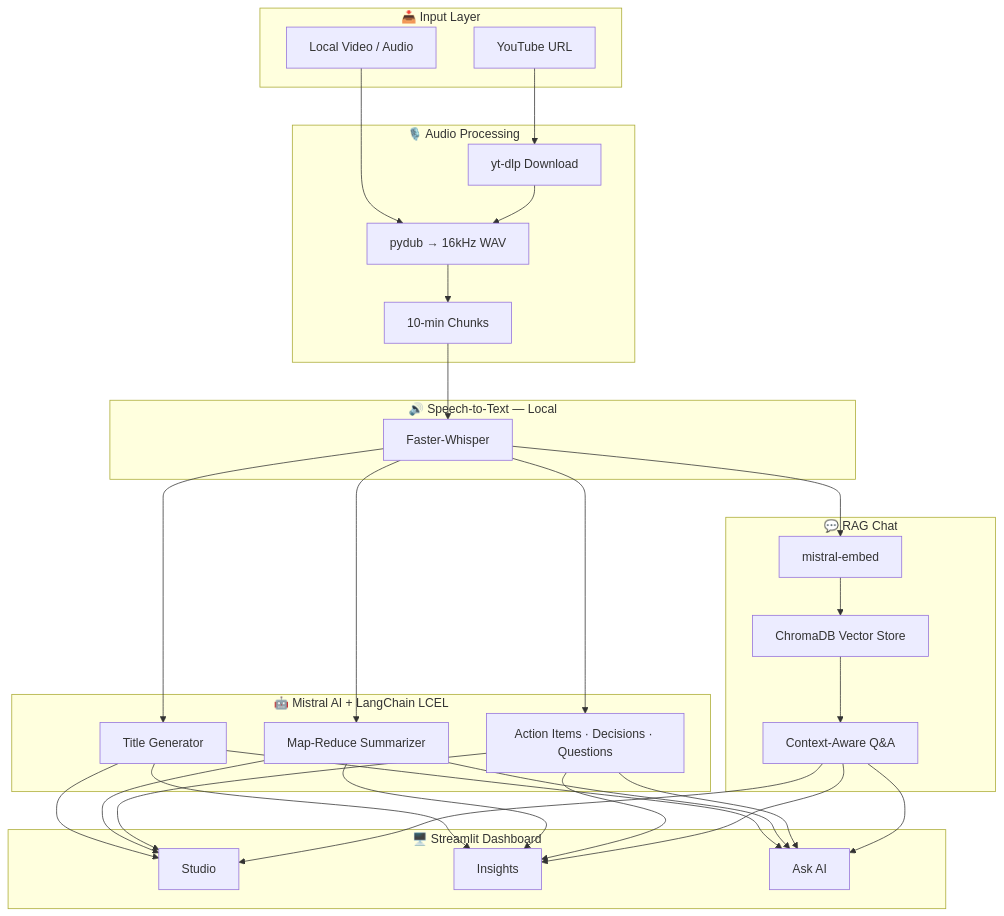
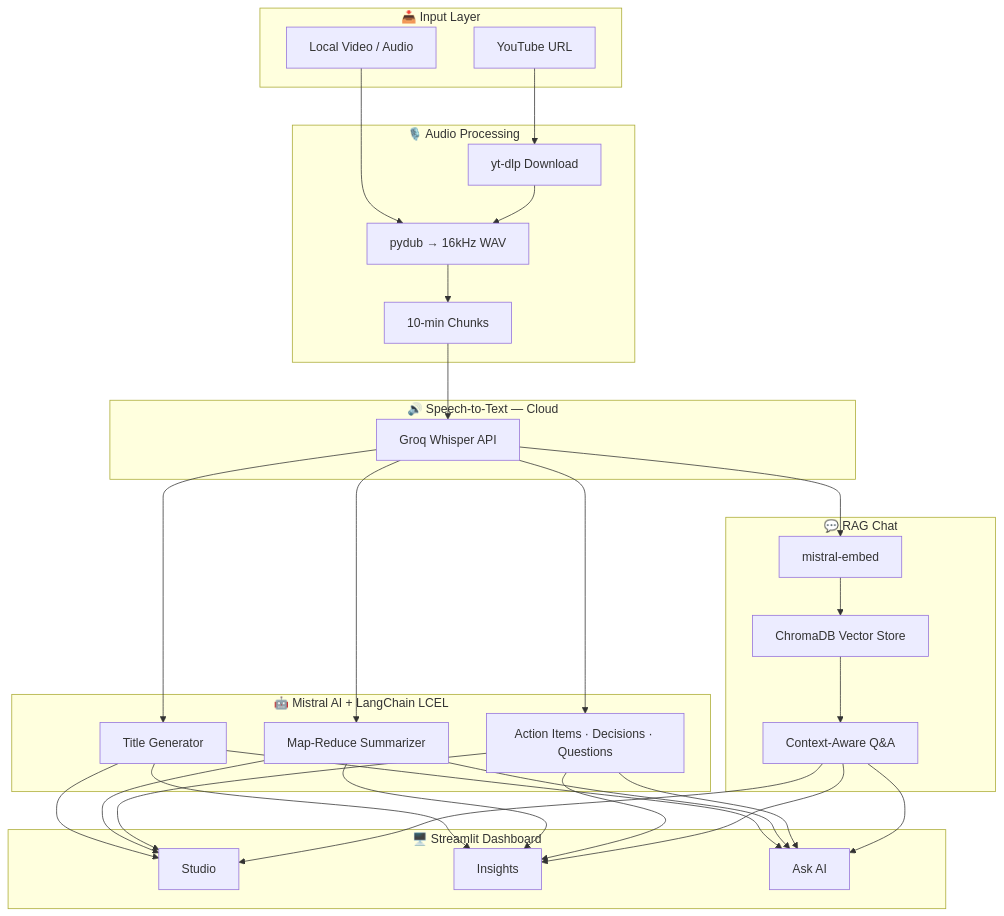
The diagram in README.md (salik702/Nexus-AI), drawn with Mermaid before and after one commit. The commit also changed other lines of this file and 4 other files, not shown here.

````diff
--- a/README.md
+++ b/README.md
@@ -55,46 +54,46 @@
 ```mermaid
 flowchart TB
     subgraph Input["📥 Input Layer"]
         YT["YouTube URL"]
         LF["Local Video / Audio"]
     end
 
     subgraph Audio["🎙️ Audio Processing"]
         DL["yt-dlp Download"]
         CV["pydub → 16kHz WAV"]
         CH["10-min Chunks"]
     end
 
-    subgraph STT["🔊 Speech-to-Text — Local"]
-        FW["Faster-Whisper"]
+    subgraph STT["🔊 Speech-to-Text — Cloud"]
+      GW["Groq Whisper API"]
     end
 
     subgraph LLM["🤖 Mistral AI + LangChain LCEL"]
         TI["Title Generator"]
         SU["Map-Reduce Summarizer"]
         EX["Action Items · Decisions · Questions"]
     end
 
     subgraph RAG["💬 RAG Chat"]
         EM["mistral-embed"]
         VS["ChromaDB Vector Store"]
         QA["Context-Aware Q&A"]
     end
 
     subgraph UI["🖥️ Streamlit Dashboard"]
         ST["Studio"]
         IN["Insights"]
         CHAT["Ask AI"]
     end
 
     YT --> DL
     LF --> CV
     DL --> CV
     CV --> CH
-    CH --> FW
-    FW --> TI & SU & EX
-    FW --> EM
+    CH --> GW
+    GW --> TI & SU & EX
+    GW --> EM
     EM --> VS
     VS --> QA
     TI & SU & EX & QA --> ST & IN & CHAT
 ```
````
